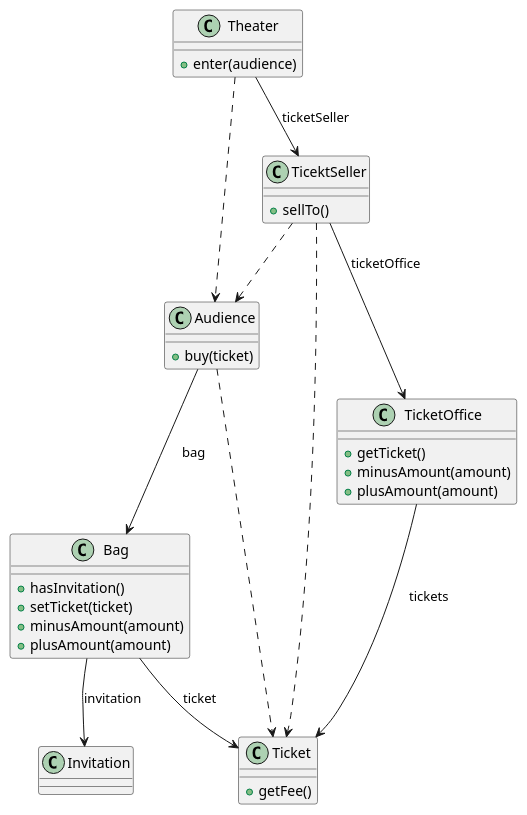
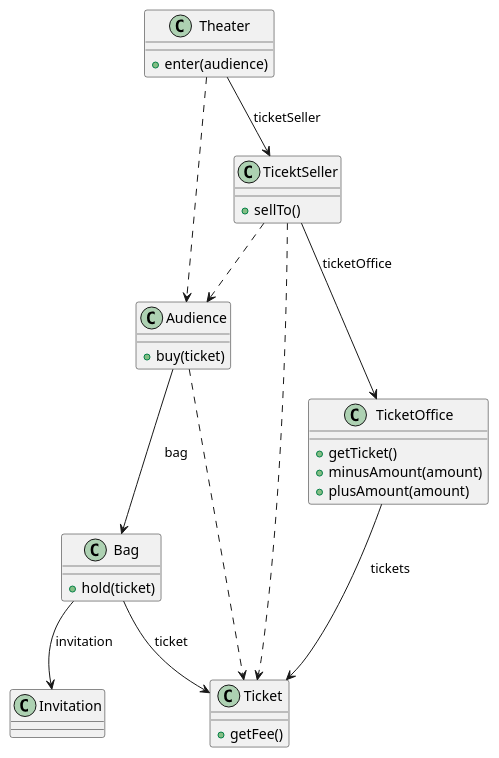
The diagram in uml.pu (vomvoru/object-study), drawn with PlantUML before and after one commit. The commit also changed 2 other files, not shown here.

```diff
--- a/uml.pu
+++ b/uml.pu
@@ -1,49 +1,46 @@
 @startuml
 Audience --> Bag: bag
 Audience ..> Ticket
 
 Bag --> Invitation: invitation
 Bag --> Ticket: ticket
 
 TicektSeller --> TicketOffice: ticketOffice
 TicektSeller ..> Ticket
 TicektSeller ..> Audience
 
 TicketOffice --> Ticket: tickets
 
 Theater --> TicektSeller: ticketSeller
 Theater ..> Audience
 
 class Audience {
   +buy(ticket)
 }
 
 class Bag {
-  +hasInvitation()
-  +setTicket(ticket)
-  +minusAmount(amount)
-  +plusAmount(amount)
+  +hold(ticket)
 }
 
 class Invitation {
   
 }
 
 class Ticket {
   +getFee()
 }
 
 class TicektSeller {
   +sellTo()
 }
 
 class TicketOffice {
   +getTicket()
   +minusAmount(amount)
   +plusAmount(amount)
 }
 
 class Theater {
   +enter(audience)
 }
 @enduml
```
